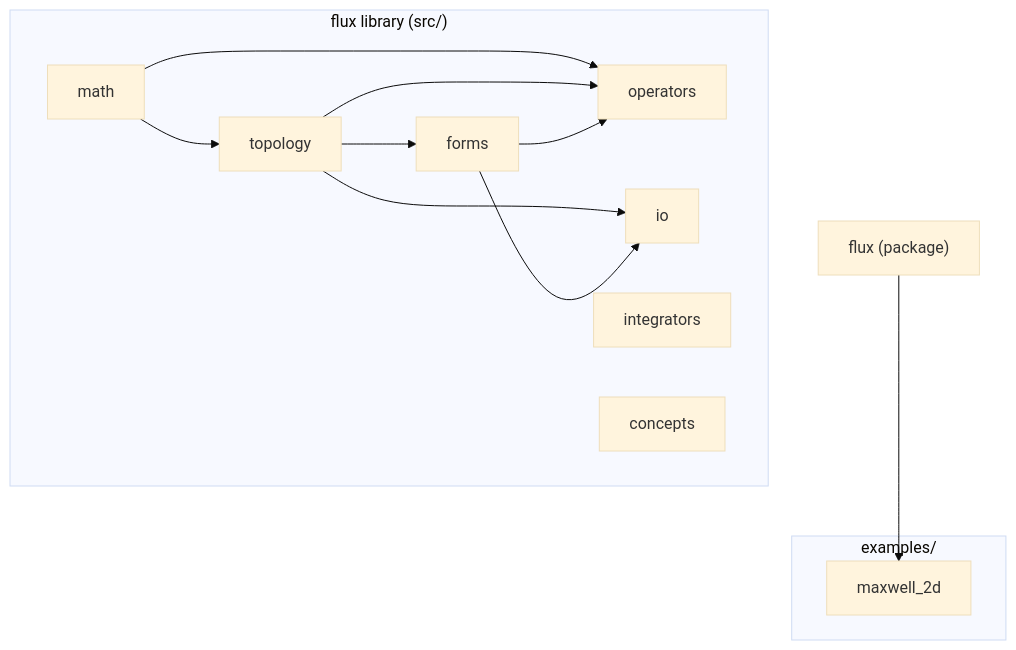
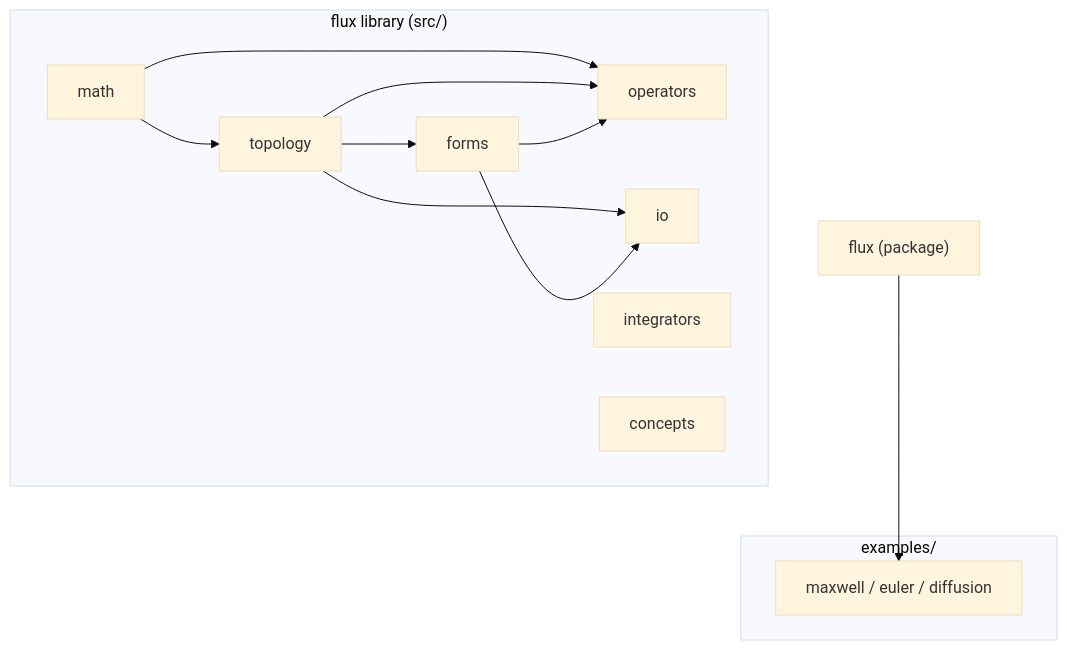
Before and after one commit to harnesslabs/flux: the diagram in project/components.md, drawn with Mermaid (base theme). The commit also changed other lines of this file and 49 other files, not shown here.

````diff
--- a/project/components.md
+++ b/project/components.md
@@ -100,26 +100,26 @@
 ```mermaid
 flowchart TD
     math --> topology
     topology --> forms
     math --> operators
     topology --> operators
     forms --> operators
     topology --> io
     forms --> io
 
     subgraph "flux library (src/)"
         math
         topology
         forms
         operators
         io
         integrators
         concepts
     end
 
     subgraph "examples/"
-        maxwell_2d
+        examples_suite["maxwell / euler / diffusion"]
     end
 
-    flux_library["flux (package)"] --> maxwell_2d
+    flux_library["flux (package)"] --> examples_suite
 ```
````
